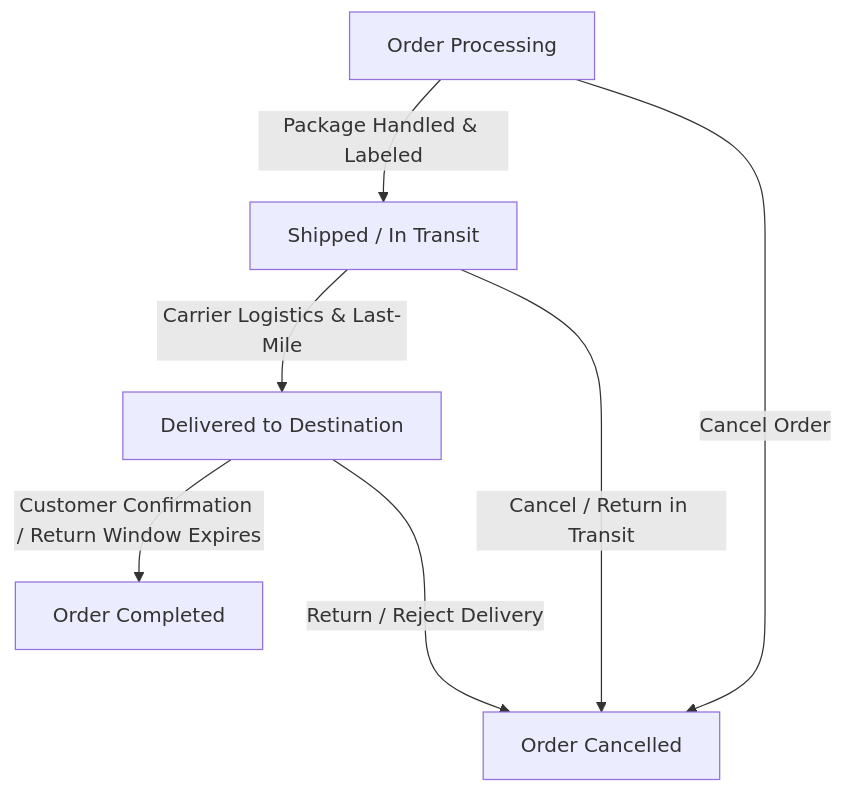
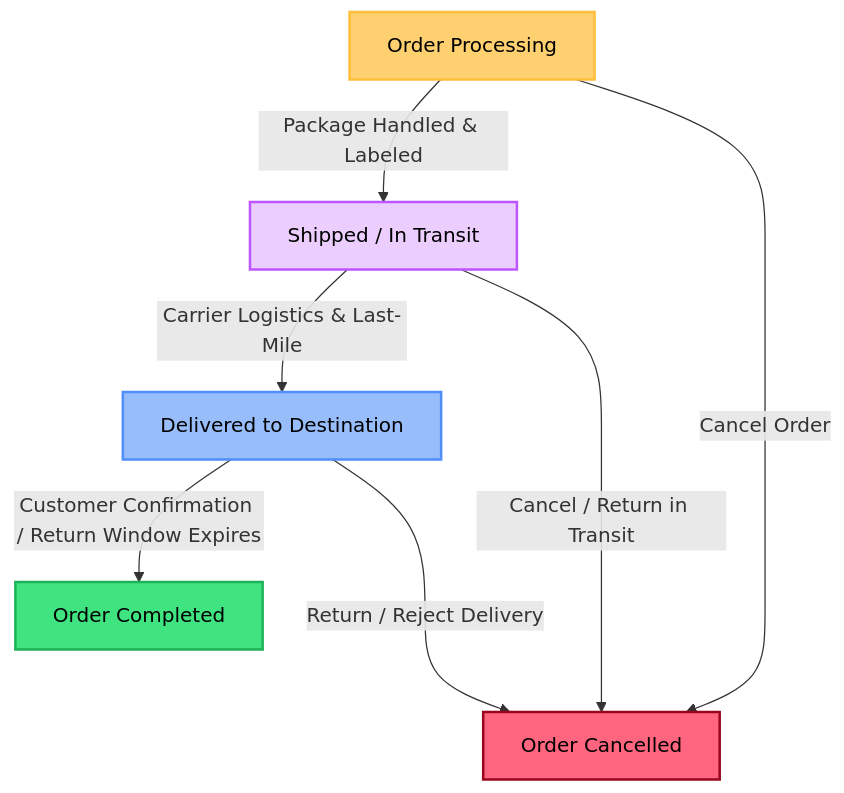
One commit to yewess97/Grace changed the third of 3 diagrams in resources/docs/database-design.md. Above: the diagram before and after it, drawn with Mermaid. The commit also changed other lines of this file and 16 other files, not shown here.

````diff
--- a/resources/docs/database-design.md
+++ b/resources/docs/database-design.md
@@ -269,20 +272,32 @@
 ```mermaid
 flowchart TD
 
     %% Nodes
     Proc[Order Processing]
     Ship[Shipped / In Transit]
     Deliv[Delivered to Destination]
     Comp[Order Completed]
     Can[Order Cancelled]
 
     %% Main Fulfillment Lifecycle Flow
     Proc -->|Package Handled & Labeled| Ship
     Ship -->|Carrier Logistics & Last-Mile| Deliv
     Deliv -->|Customer Confirmation / Return Window Expires| Comp
 
     %% Cancellation Escape Routes
     Proc ---->|Cancel Order| Can
     Ship ---->|Cancel / Return in Transit| Can
     Deliv --->|Return / Reject Delivery| Can
+
+    %% Terminal States Styling Context
+    classDef processing fill:#ffd06f,stroke:#ffbe39,stroke-width:2px,color:#000000,font-weight:500;
+    classDef shipped fill:#ebcdfe,stroke:#be56ff,stroke-width:2px,color:#000000,font-weight:500;
+    classDef delivered fill:#98bdfb,stroke:#4e8ffb,stroke-width:2px,color:#000000,font-weight:500;
+    classDef completed fill:#3fe480,stroke:#1eb258,stroke-width:2px,color:#000000,font-weight:500;
+    classDef cancelled fill:#ff657e,stroke:#99051d,stroke-width:2px,color:#000000,font-weight:500;
+    class Proc processing;
+    class Ship shipped;
+    class Deliv delivered;
+    class Comp completed;
+    class Can cancelled;
 ```
````
